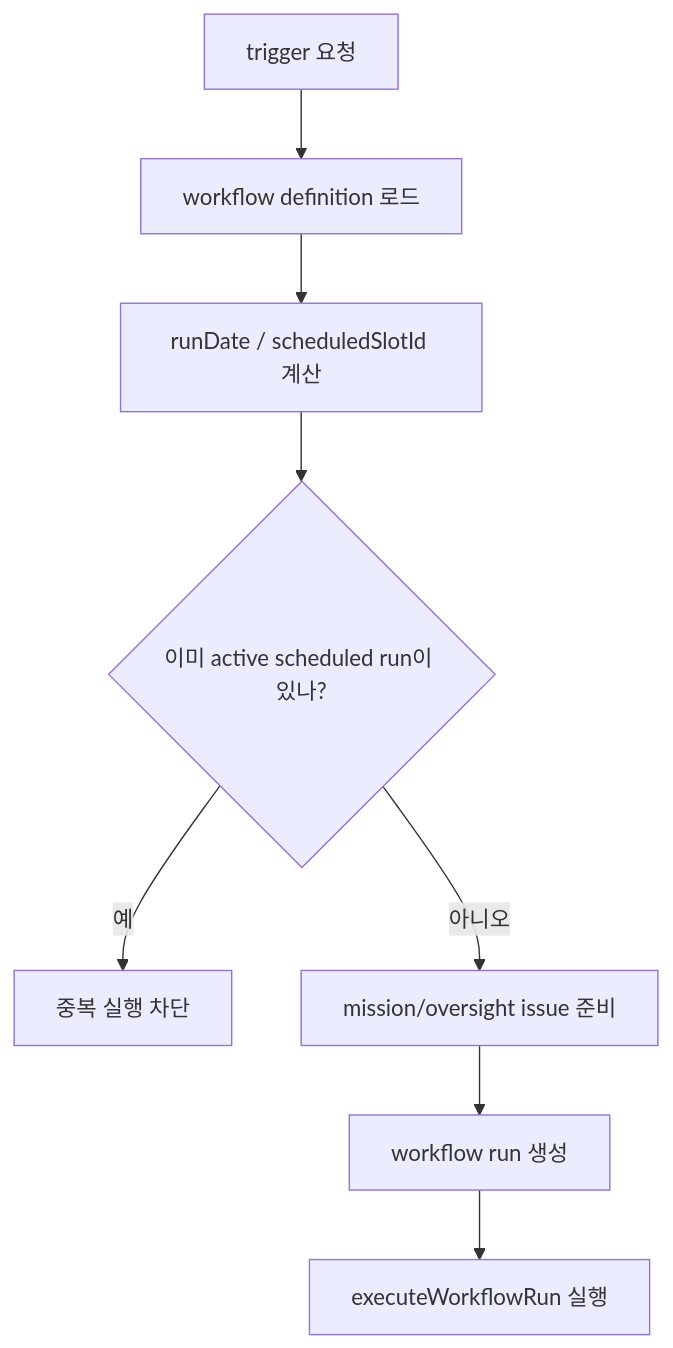
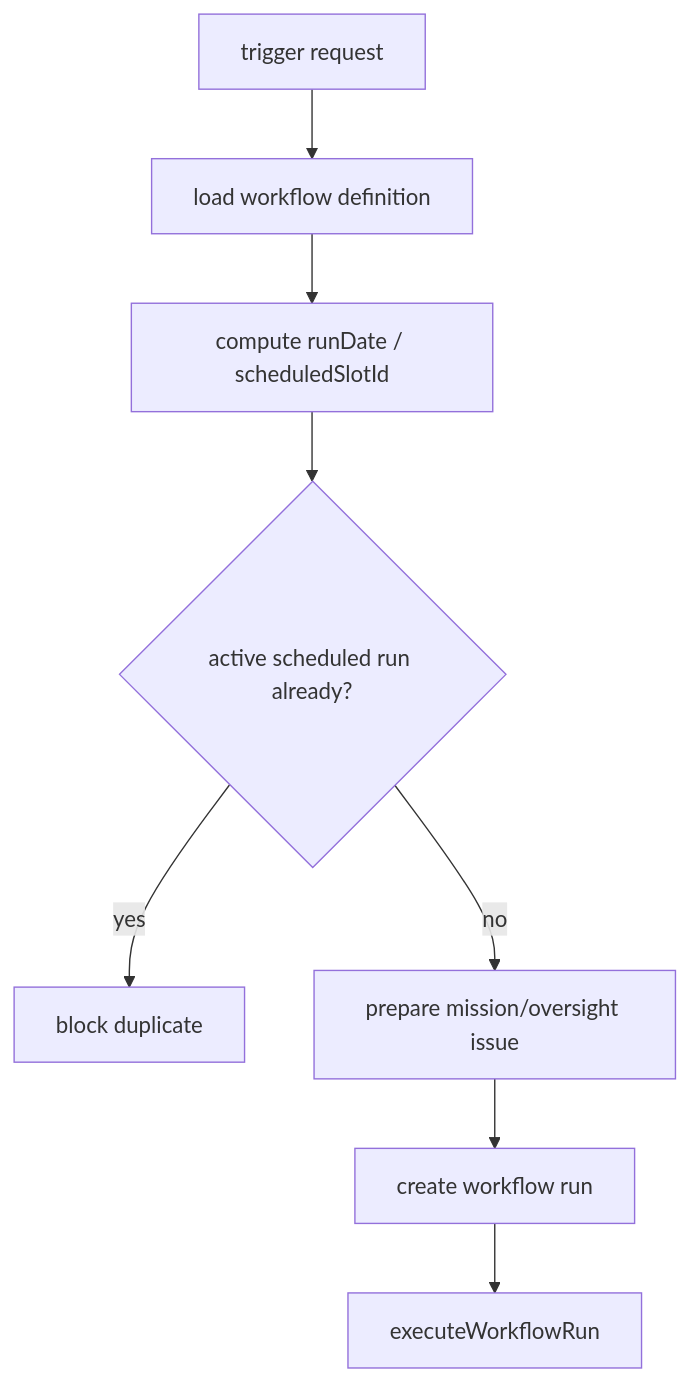
The third of 17 diagrams in docs/guides/agent-developer/mission-workflow-runtime.md (insightflo/papercompany-runtime), drawn with Mermaid before and after one commit. The commit also changed other lines of this file and 173 other files, not shown here.

````diff
--- a/docs/guides/agent-developer/mission-workflow-runtime.md
+++ b/docs/guides/agent-developer/mission-workflow-runtime.md
@@ -113,10 +90,10 @@
 ```mermaid
 flowchart TD
-  A["trigger 요청"] --> B["workflow definition 로드"]
-  B --> C["runDate / scheduledSlotId 계산"]
-  C --> D{"이미 active scheduled run이 있나?"}
-  D -- 예 --> E["중복 실행 차단"]
-  D -- 아니오 --> F["mission/oversight issue 준비"]
-  F --> G["workflow run 생성"]
-  G --> H["executeWorkflowRun 실행"]
+  A["trigger request"] --> B["load workflow definition"]
+  B --> C["compute runDate / scheduledSlotId"]
+  C --> D{"active scheduled run already?"}
+  D -- yes --> E["block duplicate"]
+  D -- no --> F["prepare mission/oversight issue"]
+  F --> G["create workflow run"]
+  G --> H["executeWorkflowRun"]
 ```
````
